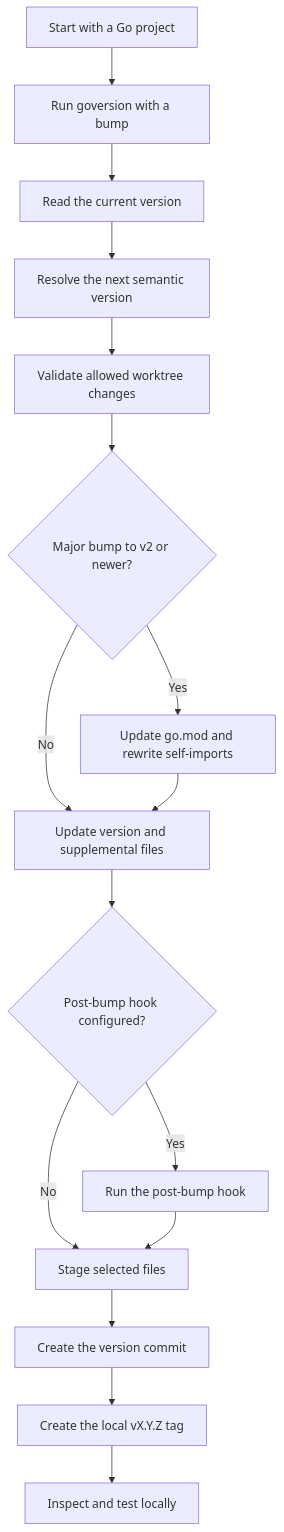
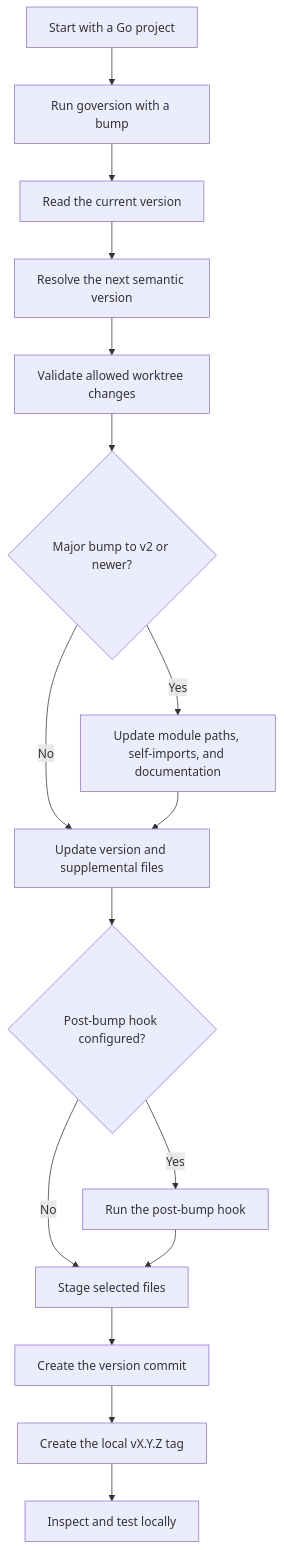
Before and after one commit to bcomnes/goversion: the first of 2 diagrams in README.md, drawn with Mermaid. The commit also changed other lines of this file and 5 other files, not shown here.

First line of the commit message:
Update documentation references during major module migrations

````diff
--- a/README.md
+++ b/README.md
@@ -52,18 +52,18 @@
 ```mermaid
 flowchart TD
     A[Start with a Go project] --> B[Run goversion with a bump]
     B --> C[Read the current version]
     C --> D[Resolve the next semantic version]
     D --> E[Validate allowed worktree changes]
     E --> F{Major bump to v2 or newer?}
-    F -- Yes --> G[Update go.mod and rewrite self-imports]
+    F -- Yes --> G[Update module paths, self-imports, and documentation]
     F -- No --> H[Update version and supplemental files]
     G --> H
     H --> I{Post-bump hook configured?}
     I -- Yes --> J[Run the post-bump hook]
     I -- No --> K[Stage selected files]
     J --> K
     K --> L[Create the version commit]
     L --> M[Create the local vX.Y.Z tag]
     M --> N[Inspect and test locally]
 ```
````
